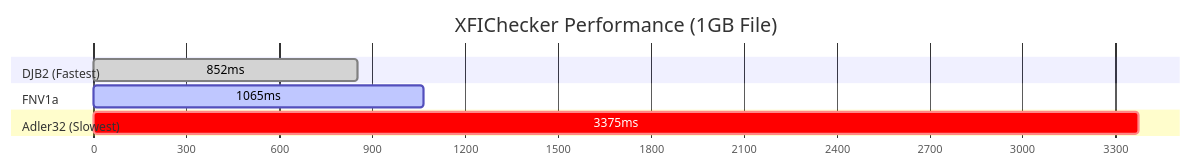
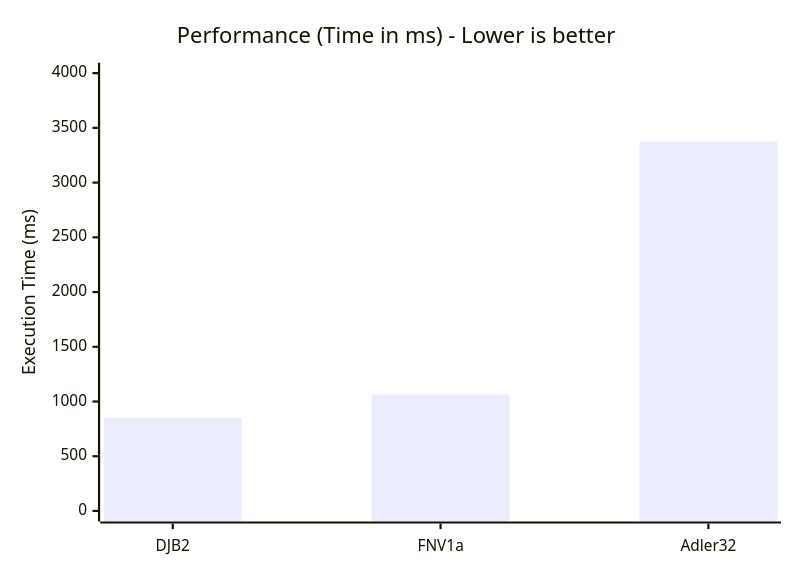
Before and after one commit to anonyaro/XFIChecker: the diagram in README.md, drawn with Mermaid.

````diff
--- a/README.md
+++ b/README.md
@@ -137,12 +137,7 @@
 ```mermaid
-gantt
-    title XFIChecker Performance (1GB File)
-    dateFormat  X
-    axisFormat %s
-    section DJB2 (Fastest)
-    852ms :done, a1, 0, 852
-    section FNV1a
-    1065ms :active, a2, 0, 1065
-    section Adler32 (Slowest)
-    3375ms :crit, a3, 0, 3375
+xychart-beta
+    title "Performance (Time in ms) - Lower is better"
+    x-axis [DJB2, FNV1a, Adler32]
+    y-axis "Execution Time (ms)" 0 --> 4000
+    bar [852, 1065, 3375]
 ```
````
